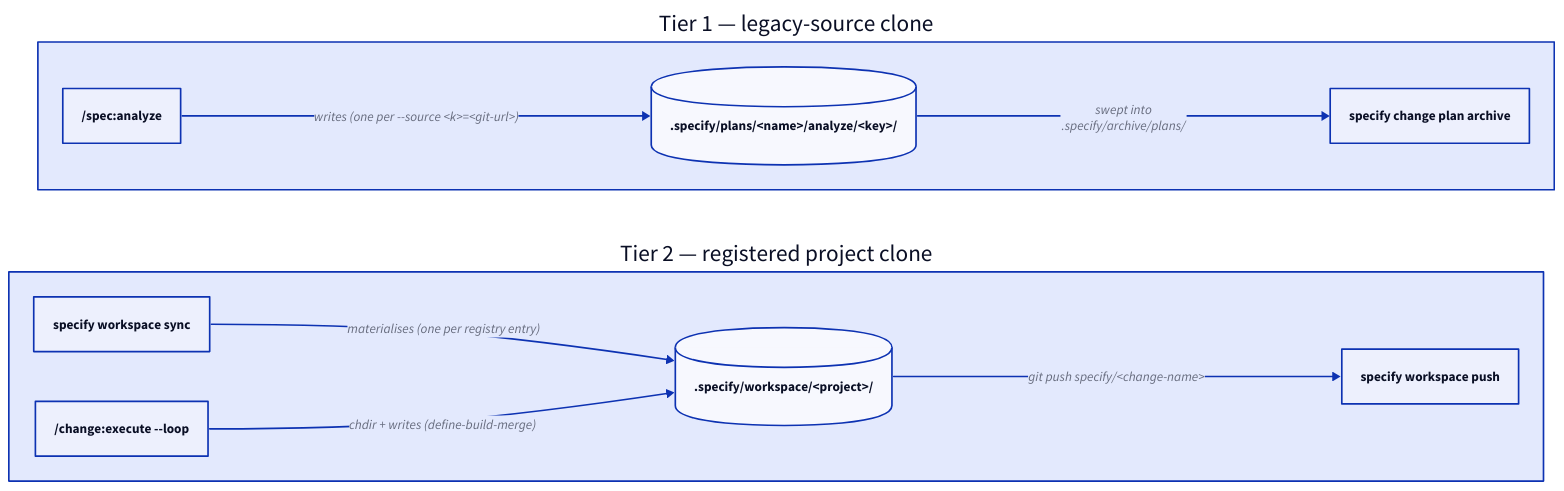
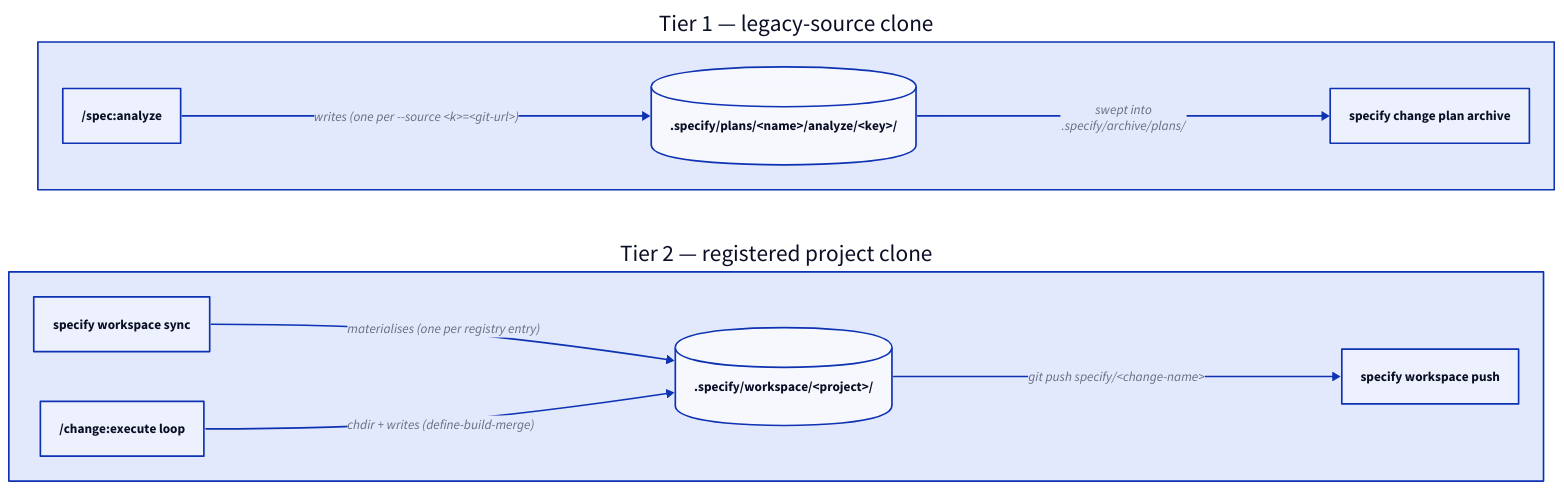
Before and after one commit to augentic/anvil: the diagram in docs/explanation/workspace-tiers.md, drawn with D2. The commit also changed other lines of this file and 179 other files, not shown here.

````diff
--- a/docs/explanation/workspace-tiers.md
+++ b/docs/explanation/workspace-tiers.md
@@ -55,23 +55,23 @@
 ```d2
 direction: right
 
 tier1: "Tier 1 — legacy-source clone" {
   shape: rectangle
   loc: ".specify/plans/<name>/analyze/<key>/" {shape: cylinder}
   analyze: "/spec:analyze" {shape: rectangle}
   archive: "specify change plan archive" {shape: rectangle}
   analyze -> loc: "writes (one per --source <k>=<git-url>)"
   loc -> archive: "swept into\n.specify/archive/plans/"
 }
 
 tier2: "Tier 2 — registered project clone" {
   shape: rectangle
   loc: ".specify/workspace/<project>/" {shape: cylinder}
   sync: "specify workspace sync" {shape: rectangle}
-  execute: "/change:execute --loop" {shape: rectangle}
+  execute: "/change:execute loop" {shape: rectangle}
   push: "specify workspace push" {shape: rectangle}
   sync -> loc: "materialises (one per registry entry)"
   execute -> loc: "chdir + writes (define-build-merge)"
   loc -> push: "git push specify/<change-name>"
 }
 ```
````
